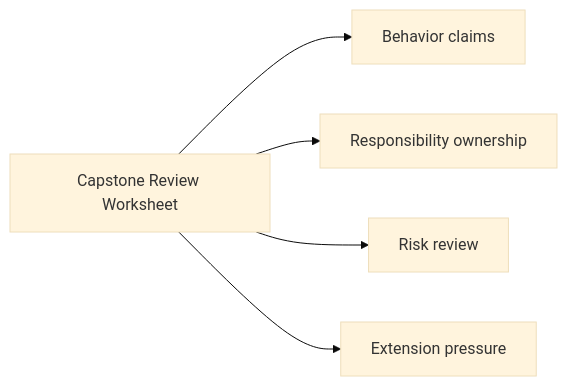
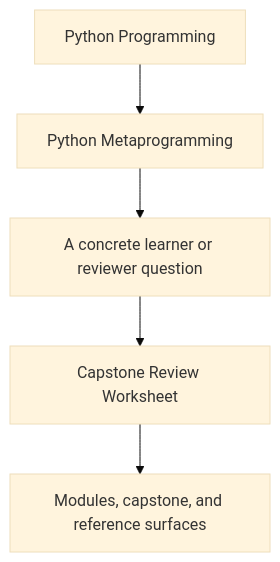
Before and after one commit to bijux/bijux-masterclass: the first of 2 diagrams in programs/python-programming/python-meta-programming/course-book/guides/capstone-review-worksheet.md, drawn with Mermaid (base theme). The commit also changed other lines of this file and 15 other files, not shown here.

Commit message:
docs(python-meta-programming): sharpen guide and reference diagrams

````diff
--- a/programs/python-programming/python-meta-programming/course-book/guides/capstone-review-worksheet.md
+++ b/programs/python-programming/python-meta-programming/course-book/guides/capstone-review-worksheet.md
@@ -6,13 +6,7 @@
 ```mermaid
-graph LR
-  worksheet["Capstone Review Worksheet"]
-  behavior["Behavior claims"]
-  ownership["Responsibility ownership"]
-  risks["Risk review"]
-  extensions["Extension pressure"]
-
-  worksheet --> behavior
-  worksheet --> ownership
-  worksheet --> risks
-  worksheet --> extensions
+flowchart TD
+  family["Python Programming"] --> program["Python Metaprogramming"]
+  program --> pressure["A concrete learner or reviewer question"]
+  pressure --> guide["Capstone Review Worksheet"]
+  guide --> next["Modules, capstone, and reference surfaces"]
 ```
````
